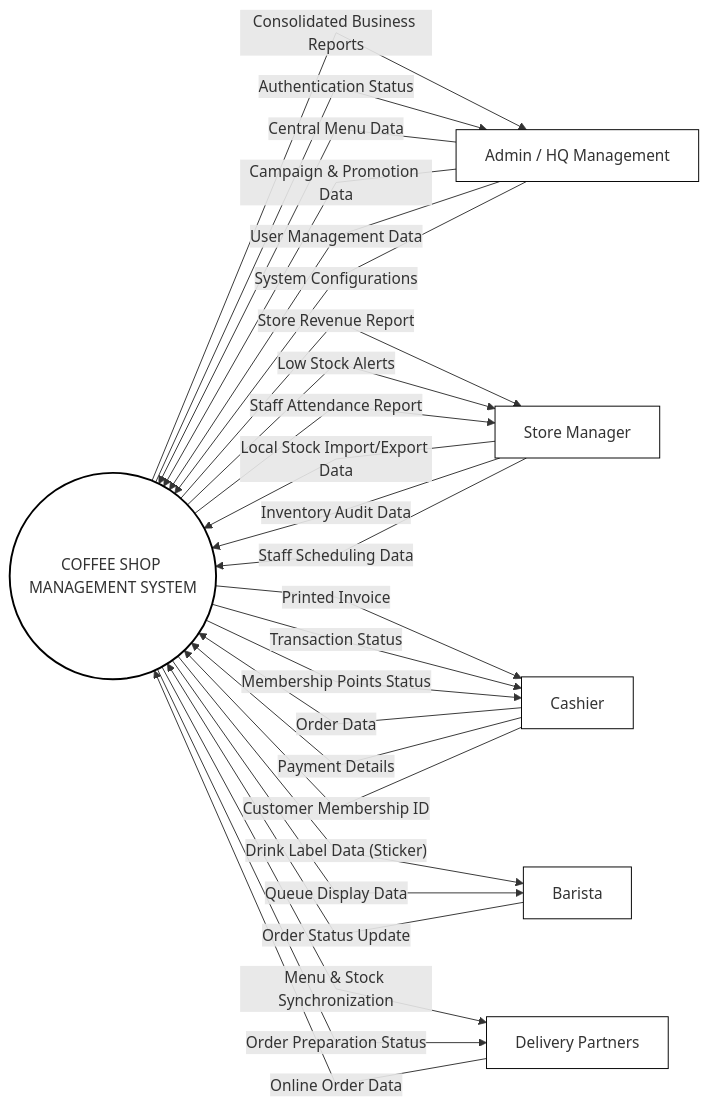
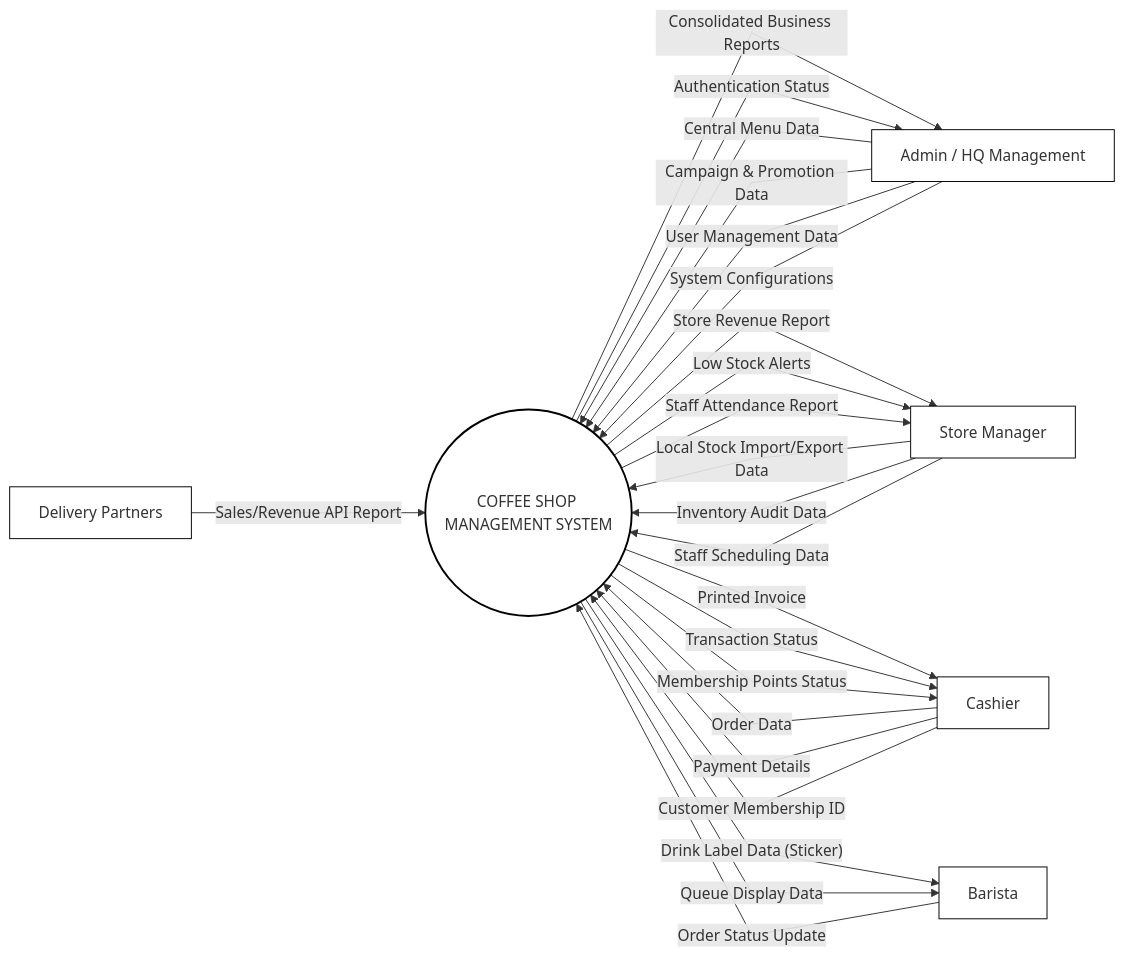
The diagram in sections/01_product_overview.md (Shaichi/Khoga_coffe_shop), drawn with Mermaid before and after one commit. The commit also changed other lines of this file and 11 other files, not shown here.

Commit message:
Fix 6 SRS defects and update delivery partner integration to sales API retrieval only

````diff
--- a/sections/01_product_overview.md
+++ b/sections/01_product_overview.md
@@ -33,52 +33,50 @@
 ```mermaid
 graph LR
     linkStyle default interpolate linear
 
     SYS((COFFEE SHOP MANAGEMENT SYSTEM))
     ADMIN[Admin / HQ Management]
     MANAGER[Store Manager]
     CASHIER[Cashier]
     BARISTA[Barista]
     DELIVERY[Delivery Partners]
 
     style SYS fill:#fff,stroke:#000,stroke-width:2px
     style ADMIN fill:#fff,stroke:#000,stroke-width:1px
     style MANAGER fill:#fff,stroke:#000,stroke-width:1px
     style CASHIER fill:#fff,stroke:#000,stroke-width:1px
     style BARISTA fill:#fff,stroke:#000,stroke-width:1px
     style DELIVERY fill:#fff,stroke:#000,stroke-width:1px
 
     %% 1. Admin Data Flows
     ADMIN --> |"Central Menu Data"| SYS
     ADMIN --> |"Campaign & Promotion Data"| SYS
     ADMIN --> |"User Management Data"| SYS
     ADMIN --> |"System Configurations"| SYS
     SYS --> |"Consolidated Business Reports"| ADMIN
     SYS --> |"Authentication Status"| ADMIN
 
     %% 2. Store Manager Data Flows
     MANAGER --> |"Local Stock Import/Export Data"| SYS
     MANAGER --> |"Inventory Audit Data"| SYS
     MANAGER --> |"Staff Scheduling Data"| SYS
     SYS --> |"Store Revenue Report"| MANAGER
     SYS --> |"Low Stock Alerts"| MANAGER
     SYS --> |"Staff Attendance Report"| MANAGER
 
     %% 3. Cashier Data Flows
     CASHIER --> |"Order Data"| SYS
     CASHIER --> |"Payment Details"| SYS
     CASHIER --> |"Customer Membership ID"| SYS
     SYS --> |"Printed Invoice"| CASHIER
     SYS --> |"Transaction Status"| CASHIER
     SYS --> |"Membership Points Status"| CASHIER
 
     %% 4. Barista Data Flows
     BARISTA --> |"Order Status Update"| SYS
     SYS --> |"Drink Label Data (Sticker)"| BARISTA
     SYS --> |"Queue Display Data"| BARISTA
 
     %% 5. Delivery Partner Data Flows
-    DELIVERY --> |"Online Order Data"| SYS
-    SYS --> |"Menu & Stock Synchronization"| DELIVERY
-    SYS --> |"Order Preparation Status"| DELIVERY
+    DELIVERY --> |"Sales/Revenue API Report"| SYS
 ```
````
